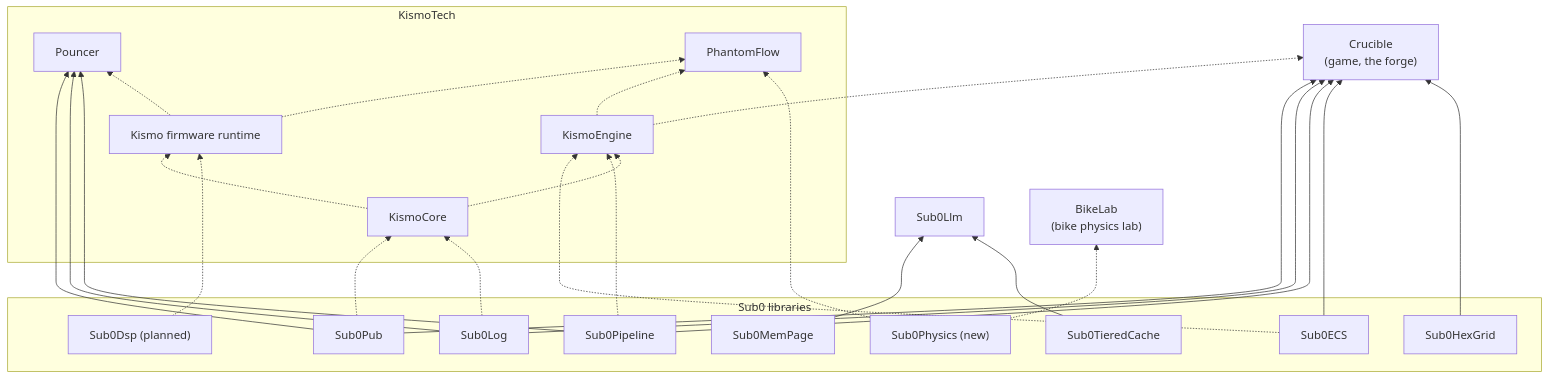
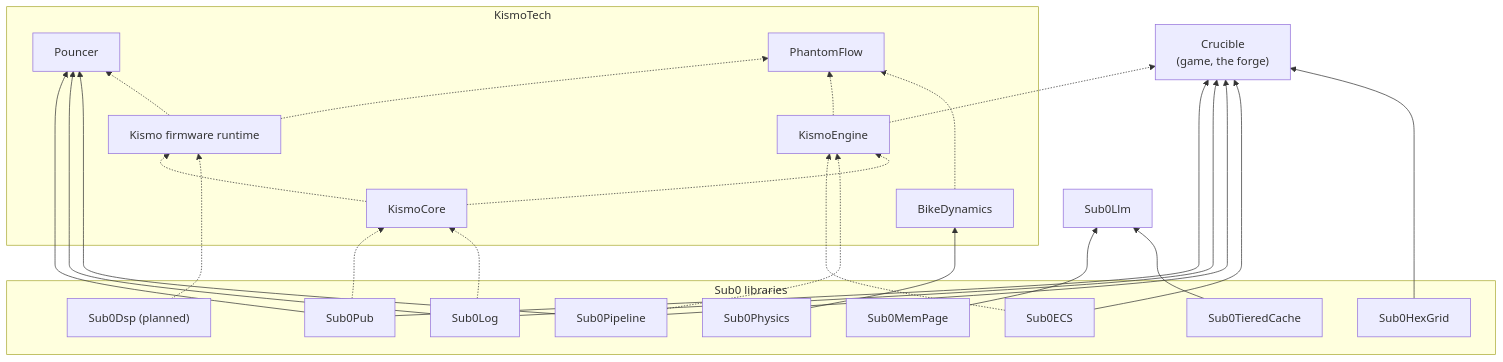
One commit to CraigHutchinson/.github changed the diagram in docs/users.md. Above: the diagram before and after it, drawn with Mermaid. The commit also changed other lines of this file and 1 other file, not shown here.

Commit message:
Catalog: Sub0Physics implemented; BikeDynamics (KismoTech) is its user

````diff
--- a/docs/users.md
+++ b/docs/users.md
@@ -6,50 +6,50 @@
 ```mermaid
 flowchart BT
   subgraph sub0["Sub0 libraries"]
     Pub[Sub0Pub]
     Log[Sub0Log]
     Pipe[Sub0Pipeline]
     ECS[Sub0ECS]
     Hex[Sub0HexGrid]
     Mem[Sub0MemPage]
     Cache[Sub0TieredCache]
     Dsp["Sub0Dsp (planned)"]
-    Phys["Sub0Physics (new)"]
+    Phys[Sub0Physics]
   end
 
   Llm[Sub0Llm]
-  BikeLab["BikeLab<br/>(bike physics lab)"]
   Crucible["Crucible<br/>(game, the forge)"]
 
   subgraph kismo["KismoTech"]
     Core[KismoCore]
     Engine[KismoEngine]
     Fw["Kismo firmware runtime"]
     Pouncer[Pouncer]
+    BikeDyn[BikeDynamics]
     PF[PhantomFlow]
   end
 
   Mem --> Llm
   Cache --> Llm
   Pub --> Crucible
   Log --> Crucible
   Pipe --> Crucible
   ECS --> Crucible
   Hex --> Crucible
   Pub --> Pouncer
   Log --> Pouncer
   Pipe --> Pouncer
   Pub -.-> Core
   Log -.-> Core
   ECS -.-> Engine
   Pipe -.-> Engine
   Core -.-> Engine
   Core -.-> Fw
   Dsp -.-> Fw
   Fw -.-> Pouncer
   Fw -.-> PF
   Engine -.-> PF
   Engine -.-> Crucible
-  Phys -.-> BikeLab
-  Phys -.-> PF
+  Phys --> BikeDyn
+  BikeDyn -.-> PF
 ```
````
